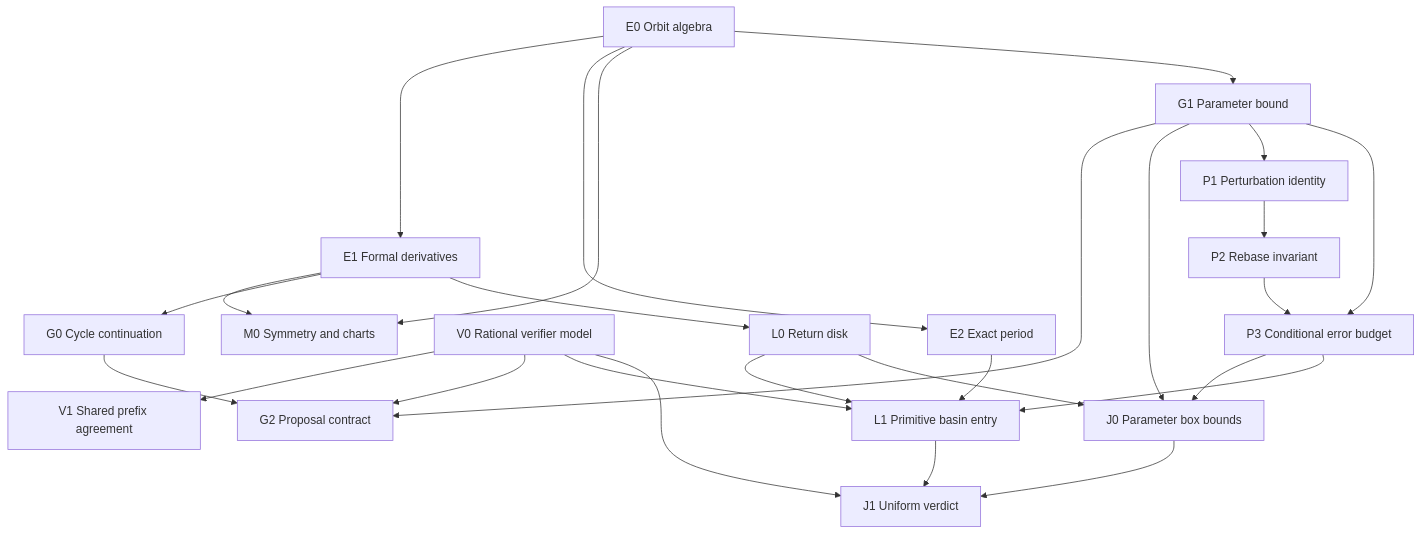
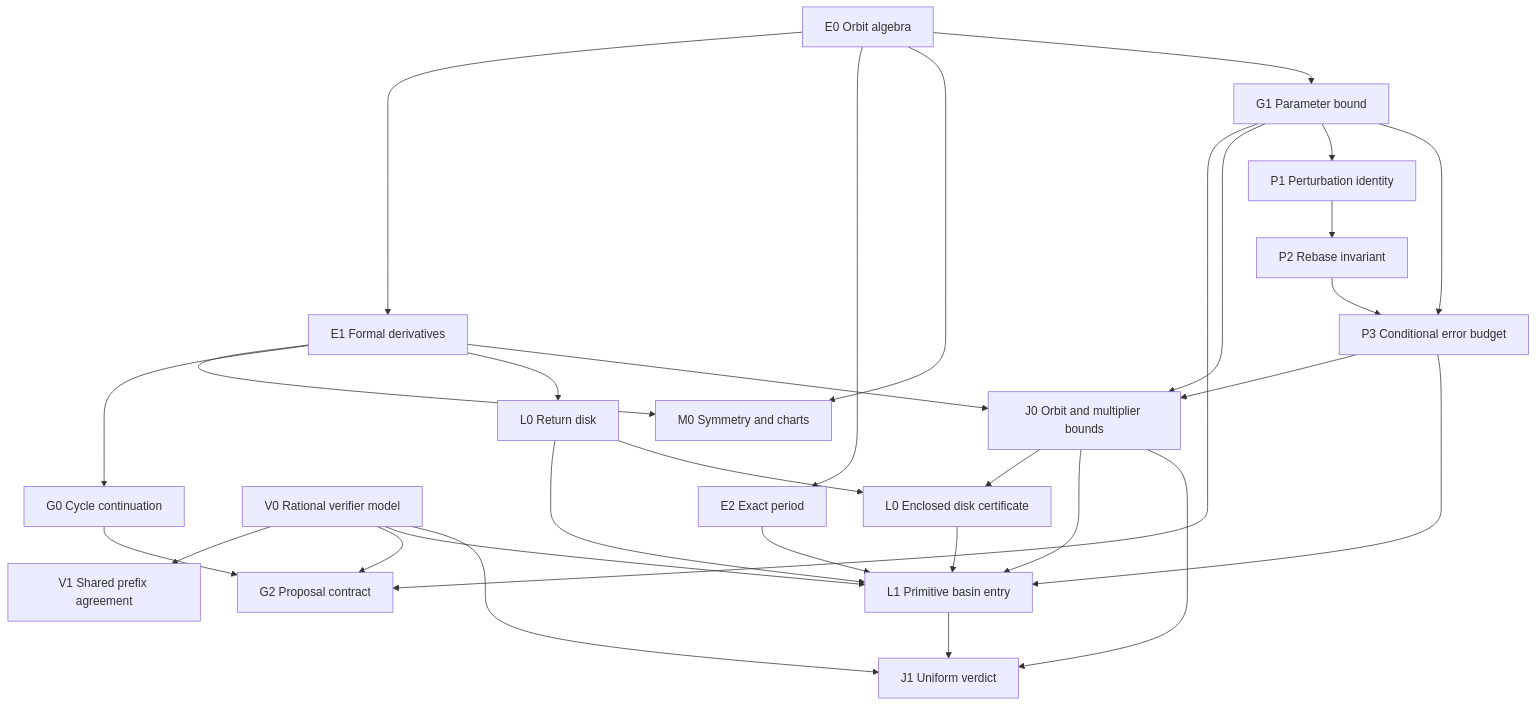
The diagram in docs/verification/LEAN-PROOF-DAG.md (Aaron-Fine/int-M-), drawn with Mermaid before and after one commit. The commit also changed other lines of this file and 8 other files, not shown here.

````diff
--- a/docs/verification/LEAN-PROOF-DAG.md
+++ b/docs/verification/LEAN-PROOF-DAG.md
@@ -7,29 +7,33 @@
 ```mermaid
 flowchart TD
   E0["E0 Orbit algebra"] --> E1["E1 Formal derivatives"]
   E0 --> E2["E2 Exact period"]
   E0 --> M0["M0 Symmetry and charts"]
   E1 --> M0
   V0["V0 Rational verifier model"]
   V0 --> V1["V1 Shared prefix agreement"]
   E1 --> G0["G0 Cycle continuation"]
   E0 --> G1["G1 Parameter bound"]
   G0 --> G2["G2 Proposal contract"]
   G1 --> G2
   V0 --> G2
   E1 --> L0["L0 Return disk"]
   E2 --> L1["L1 Primitive basin entry"]
   L0 --> L1
   V0 --> L1
-  G1 --> J0["J0 Parameter box bounds"]
-  L0 --> J0
+  G1 --> J0["J0 Orbit and multiplier bounds"]
+  E1 --> J0
+  L0 --> L0C["L0 Enclosed disk certificate"]
+  J0 --> L0C
+  L0C --> L1
+  J0 --> L1
   J0 --> J1["J1 Uniform verdict"]
   L1 --> J1
   V0 --> J1
   G1 --> P1["P1 Perturbation identity"]
   P1 --> P2["P2 Rebase invariant"]
   P2 --> P3["P3 Conditional error budget"]
   G1 --> P3
   P3 --> J0
   P3 --> L1
 ```
````
